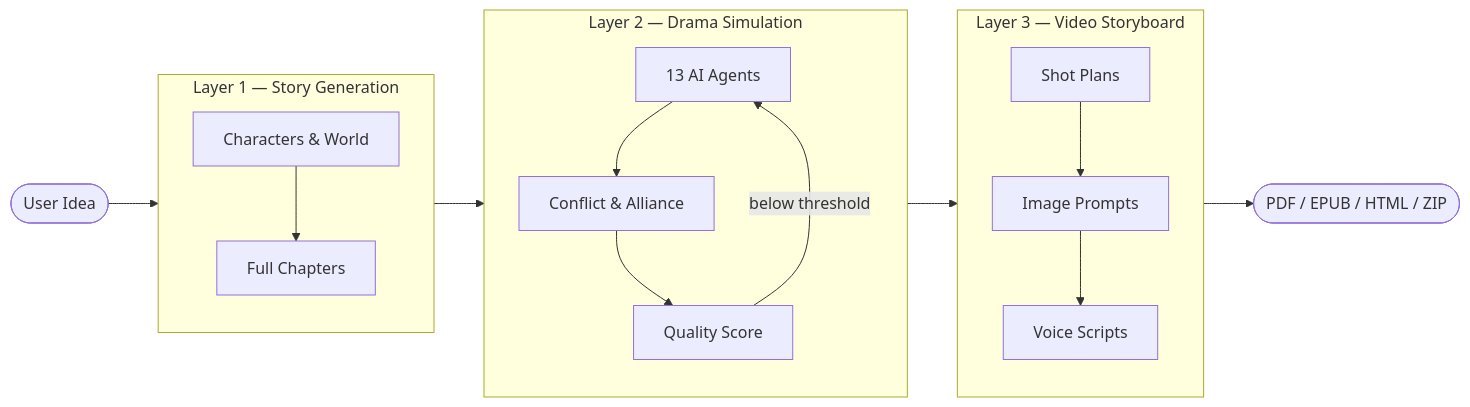
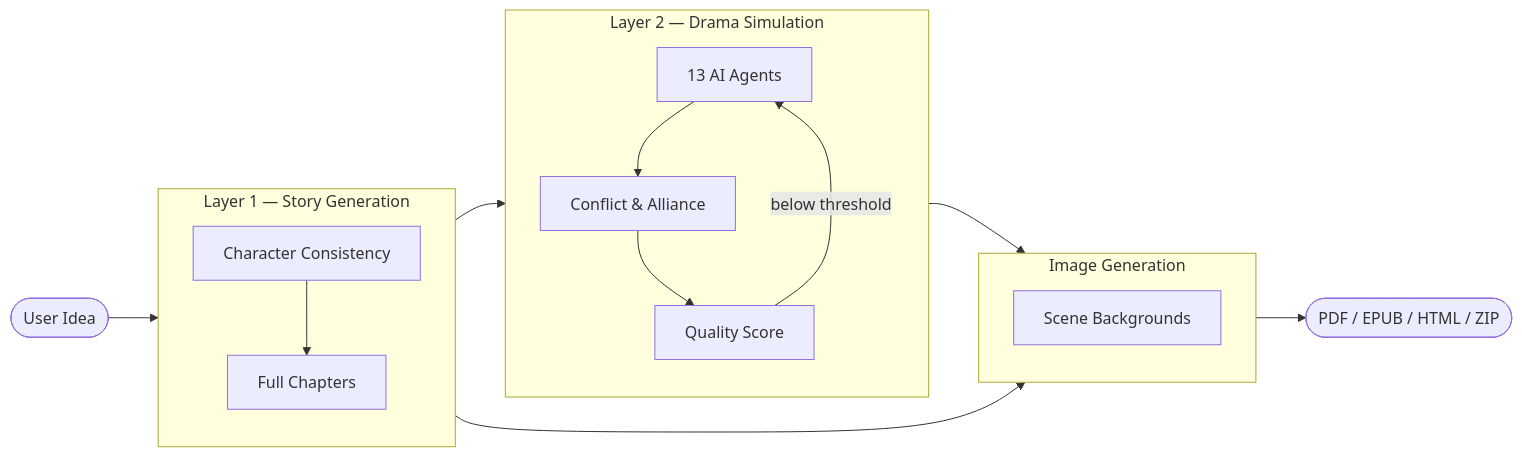
One commit to HieuNTg/STORYFORGE changed the diagram in README.md. Above: the diagram before and after it, drawn with Mermaid. The commit also changed other lines of this file and 14 other files, not shown here.

````diff
--- a/README.md
+++ b/README.md
@@ -159,28 +158,27 @@
 ```mermaid
 flowchart LR
     idea([User Idea]) --> L1
 
     subgraph L1 [Layer 1 — Story Generation]
         direction TB
         chars[Characters & World] --> chapters[Full Chapters]
     end
 
     L1 --> L2
 
     subgraph L2 [Layer 2 — Drama Simulation]
         direction TB
         agents[13 AI Agents] --> conflicts[Conflict & Alliance]
         conflicts --> score[Quality Score]
         score -- below threshold --> agents
     end
 
-    L2 --> L3
+    L2 --> IMG
 
-    subgraph L3 [Layer 3 — Video Storyboard]
+    subgraph IMG [Image Generation]
         direction TB
-        shots[Shot Plans] --> prompts[Image Prompts]
-        prompts --> voice[Voice Scripts]
+        chars[Character Consistency] --> scenes[Scene Backgrounds]
     end
 
-    L3 --> export([PDF / EPUB / HTML / ZIP])
+    IMG --> export([PDF / EPUB / HTML / ZIP])
 ```
````
